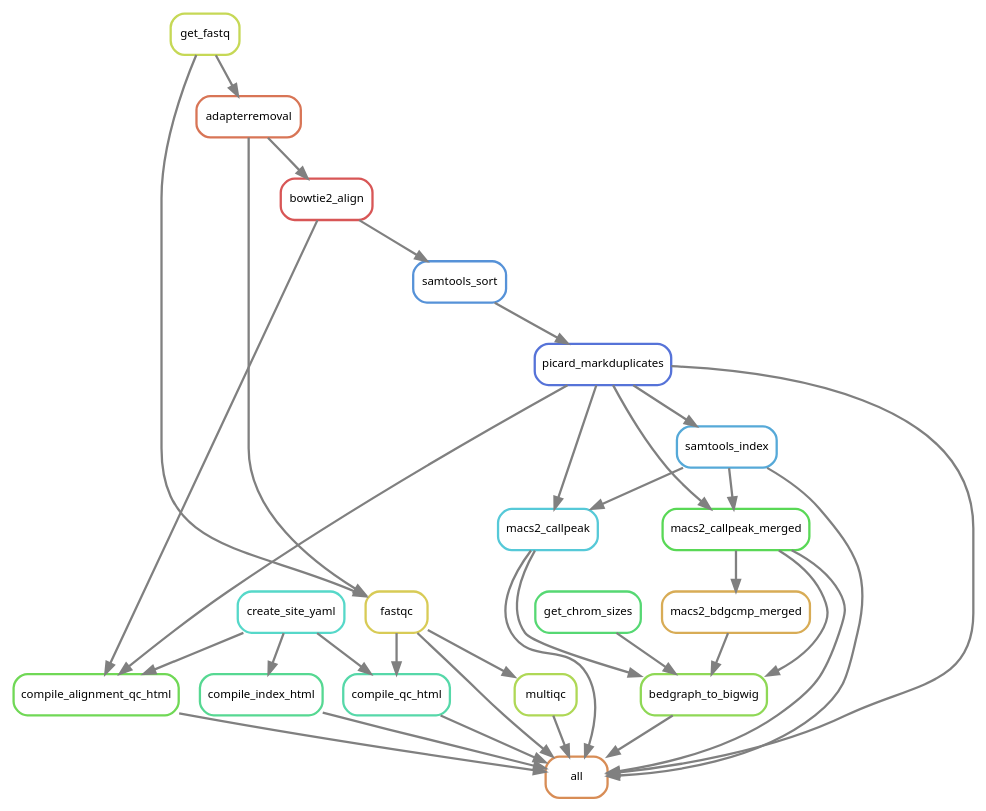
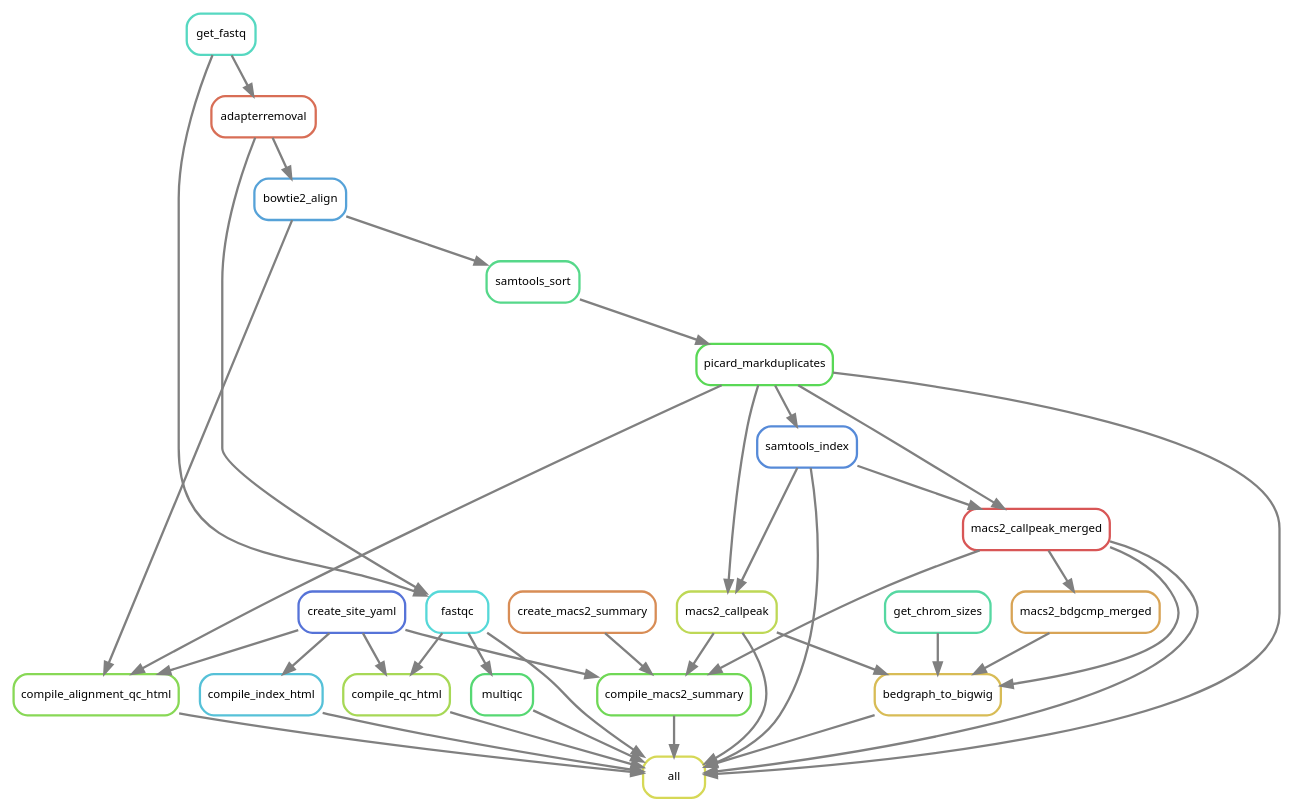
One commit to smped/PRJNA509779 changed the diagram in workflow/rules/rulegraph.dot. Above: the diagram before and after it, drawn with Graphviz.

Commit message:
Updated rulegraph

```diff
--- a/workflow/rules/rulegraph.dot
+++ b/workflow/rules/rulegraph.dot
@@ -1,56 +1,63 @@
 digraph snakemake_dag {
     graph[bgcolor=white, margin=0];
     node[shape=box, style=rounded, fontname=sans,                 fontsize=10, penwidth=2];
     edge[penwidth=2, color=grey];
-	0[label = "all", color = "0.07 0.6 0.85", style="rounded"];
-	1[label = "fastqc", color = "0.15 0.6 0.85", style="rounded"];
-	2[label = "get_fastq", color = "0.19 0.6 0.85", style="rounded"];
-	3[label = "adapterremoval", color = "0.04 0.6 0.85", style="rounded"];
-	4[label = "multiqc", color = "0.22 0.6 0.85", style="rounded"];
-	5[label = "picard_markduplicates", color = "0.63 0.6 0.85", style="rounded"];
-	6[label = "samtools_sort", color = "0.59 0.6 0.85", style="rounded"];
-	7[label = "bowtie2_align", color = "0.00 0.6 0.85", style="rounded"];
-	8[label = "samtools_index", color = "0.56 0.6 0.85", style="rounded"];
-	9[label = "macs2_callpeak", color = "0.52 0.6 0.85", style="rounded"];
-	10[label = "macs2_callpeak_merged", color = "0.33 0.6 0.85", style="rounded"];
-	11[label = "bedgraph_to_bigwig", color = "0.26 0.6 0.85", style="rounded"];
-	12[label = "get_chrom_sizes", color = "0.37 0.6 0.85", style="rounded"];
-	13[label = "macs2_bdgcmp_merged", color = "0.11 0.6 0.85", style="rounded"];
-	14[label = "compile_index_html", color = "0.41 0.6 0.85", style="rounded"];
-	15[label = "create_site_yaml", color = "0.48 0.6 0.85", style="rounded"];
-	16[label = "compile_qc_html", color = "0.44 0.6 0.85", style="rounded"];
-	17[label = "compile_alignment_qc_html", color = "0.30 0.6 0.85", style="rounded"];
+	0[label = "all", color = "0.17 0.6 0.85", style="rounded"];
+	1[label = "fastqc", color = "0.50 0.6 0.85", style="rounded"];
+	2[label = "get_fastq", color = "0.47 0.6 0.85", style="rounded"];
+	3[label = "adapterremoval", color = "0.03 0.6 0.85", style="rounded"];
+	4[label = "multiqc", color = "0.37 0.6 0.85", style="rounded"];
+	5[label = "picard_markduplicates", color = "0.33 0.6 0.85", style="rounded"];
+	6[label = "samtools_sort", color = "0.40 0.6 0.85", style="rounded"];
+	7[label = "bowtie2_align", color = "0.57 0.6 0.85", style="rounded"];
+	8[label = "samtools_index", color = "0.60 0.6 0.85", style="rounded"];
+	9[label = "macs2_callpeak", color = "0.20 0.6 0.85", style="rounded"];
+	10[label = "macs2_callpeak_merged", color = "0.00 0.6 0.85", style="rounded"];
+	11[label = "bedgraph_to_bigwig", color = "0.13 0.6 0.85", style="rounded"];
+	12[label = "get_chrom_sizes", color = "0.43 0.6 0.85", style="rounded"];
+	13[label = "macs2_bdgcmp_merged", color = "0.10 0.6 0.85", style="rounded"];
+	14[label = "compile_index_html", color = "0.53 0.6 0.85", style="rounded"];
+	15[label = "create_site_yaml", color = "0.63 0.6 0.85", style="rounded"];
+	16[label = "compile_qc_html", color = "0.23 0.6 0.85", style="rounded"];
+	17[label = "compile_alignment_qc_html", color = "0.27 0.6 0.85", style="rounded"];
+	18[label = "compile_macs2_summary", color = "0.30 0.6 0.85", style="rounded"];
+	19[label = "create_macs2_summary", color = "0.07 0.6 0.85", style="rounded"];
+	9 -> 0
+	14 -> 0
+	8 -> 0
+	16 -> 0
+	17 -> 0
+	18 -> 0
+	10 -> 0
+	5 -> 0
+	4 -> 0
 	1 -> 0
-	4 -> 0
 	11 -> 0
-	17 -> 0
-	10 -> 0
-	14 -> 0
-	16 -> 0
-	9 -> 0
-	8 -> 0
-	5 -> 0
 	2 -> 1
 	3 -> 1
 	2 -> 3
 	1 -> 4
 	6 -> 5
 	7 -> 6
 	3 -> 7
 	5 -> 8
+	5 -> 9
 	8 -> 9
-	5 -> 9
+	5 -> 10
 	8 -> 10
-	5 -> 10
+	9 -> 11
+	12 -> 11
 	10 -> 11
-	12 -> 11
 	13 -> 11
-	9 -> 11
 	10 -> 13
 	15 -> 14
 	1 -> 16
 	15 -> 16
+	5 -> 17
 	7 -> 17
 	15 -> 17
-	5 -> 17
+	9 -> 18
+	19 -> 18
+	10 -> 18
+	15 -> 18
 }            
```
